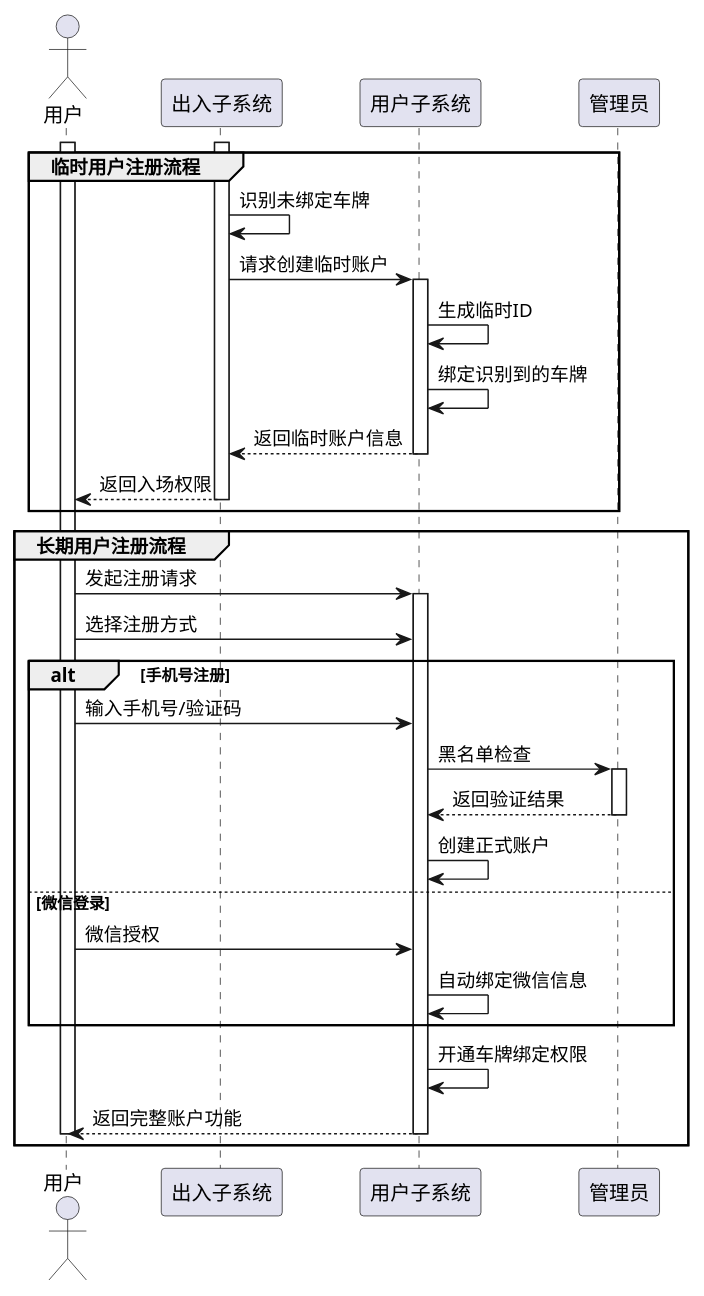
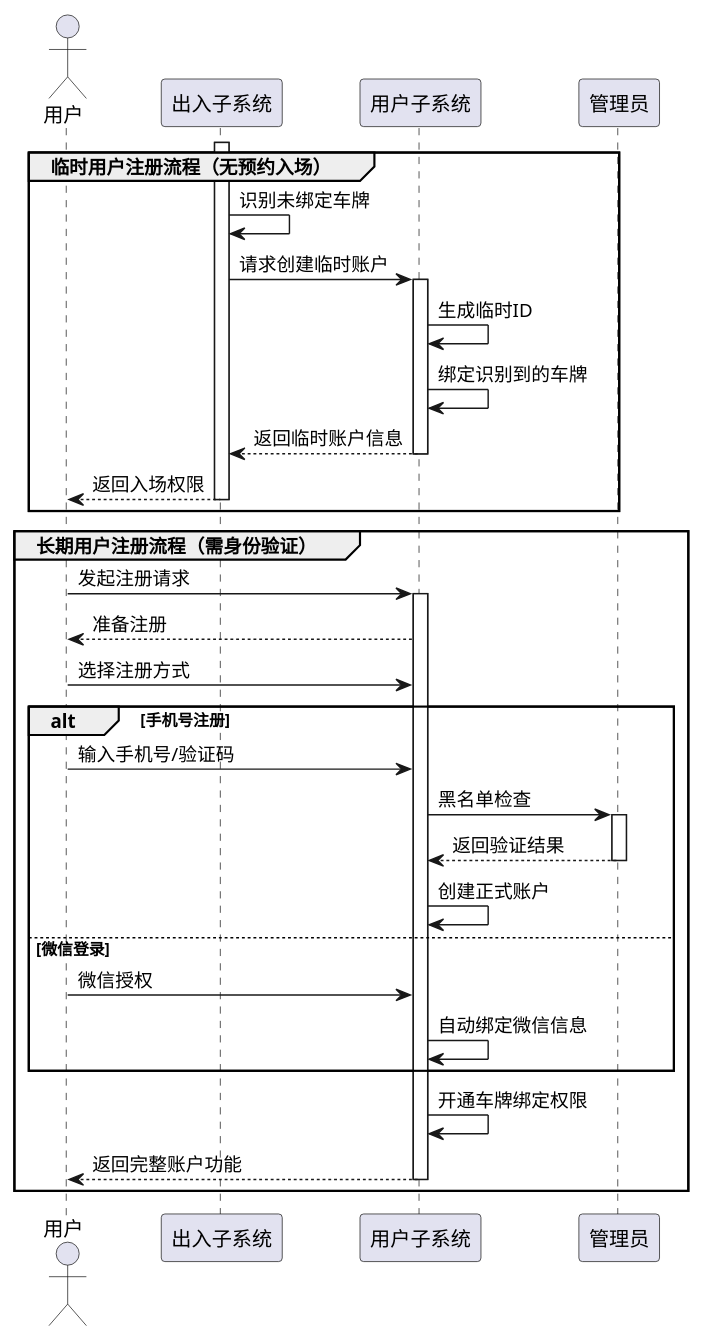
The diagram in uml/活动图时序图/用户注册图.plantuml (heichiii/srs_result), drawn with PlantUML before and after one commit. The commit also changed 3 other files, not shown here.

Commit message:
改图

```diff
--- a/uml/活动图时序图/用户注册图.plantuml
+++ b/uml/活动图时序图/用户注册图.plantuml
@@ -1,42 +1,41 @@
 @startuml 用户注册时序图
 actor 用户
 participant "出入子系统" as 出入系统
 participant "用户子系统" as 用户系统
 participant "管理员" as 管理员
 
-group 临时用户注册流程
+group 临时用户注册流程（无预约入场）
   activate 出入系统
   出入系统 -> 出入系统: 识别未绑定车牌
   出入系统 -> 用户系统: 请求创建临时账户
   activate 用户系统
     用户系统 -> 用户系统: 生成临时ID
     用户系统 -> 用户系统: 绑定识别到的车牌
     用户系统 --> 出入系统: 返回临时账户信息
   deactivate 用户系统
   出入系统 --> 用户: 返回入场权限
   deactivate 出入系统
 end
 
-group 长期用户注册流程
-  activate 用户
+group 长期用户注册流程（需身份验证）
   用户 -> 用户系统: 发起注册请求
   activate 用户系统
+  用户系统 --> 用户: 准备注册
   用户 -> 用户系统: 选择注册方式
   
     alt 手机号注册
       用户 -> 用户系统: 输入手机号/验证码
       用户系统 -> 管理员: 黑名单检查
       activate 管理员
         管理员 --> 用户系统: 返回验证结果
       deactivate 管理员
       用户系统 -> 用户系统: 创建正式账户
     else 微信登录
       用户 -> 用户系统: 微信授权
       用户系统 -> 用户系统: 自动绑定微信信息
     end
     用户系统 -> 用户系统: 开通车牌绑定权限
     用户系统 --> 用户: 返回完整账户功能
   deactivate 用户系统
-  deactivate 用户
 end
 @enduml
```
